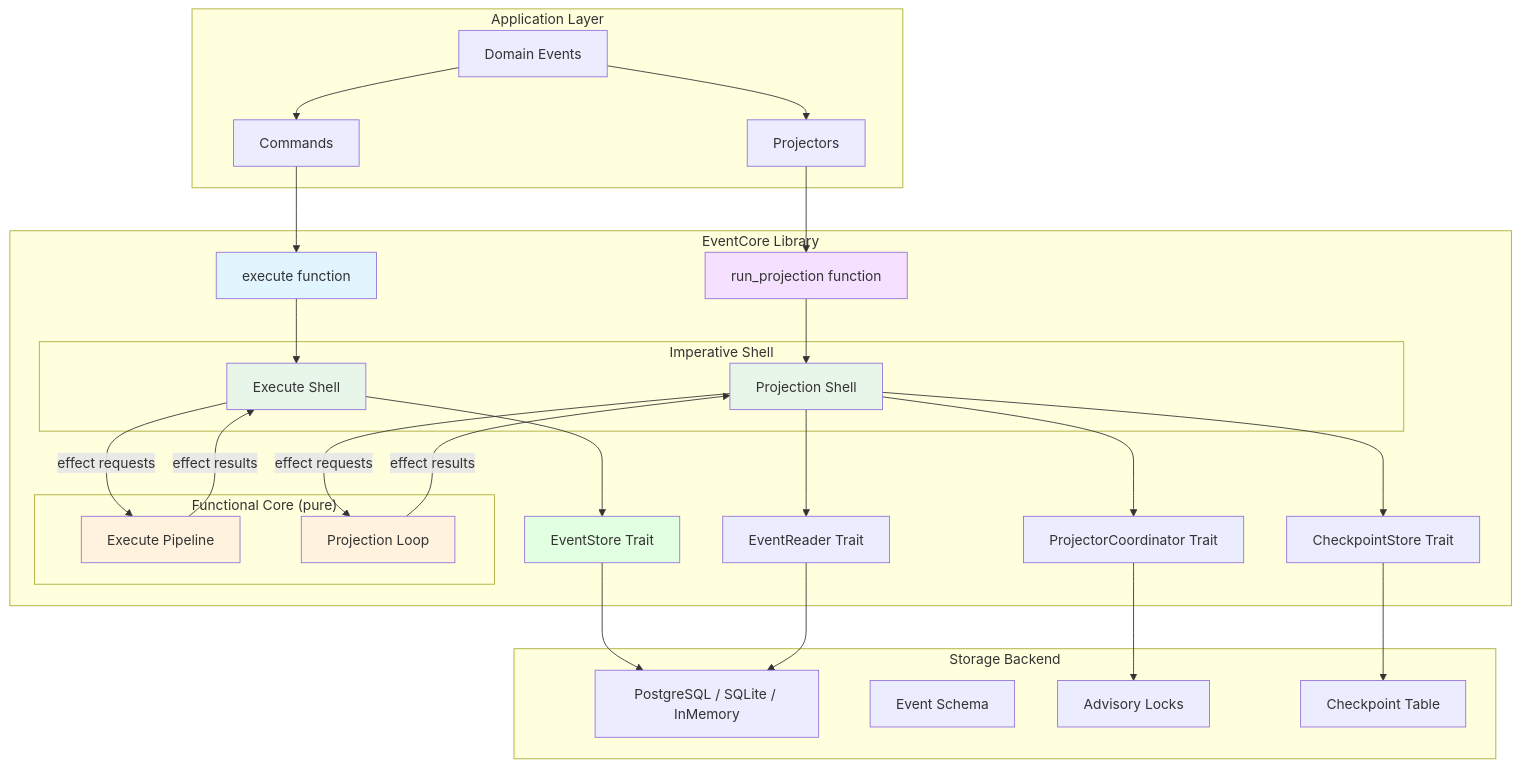
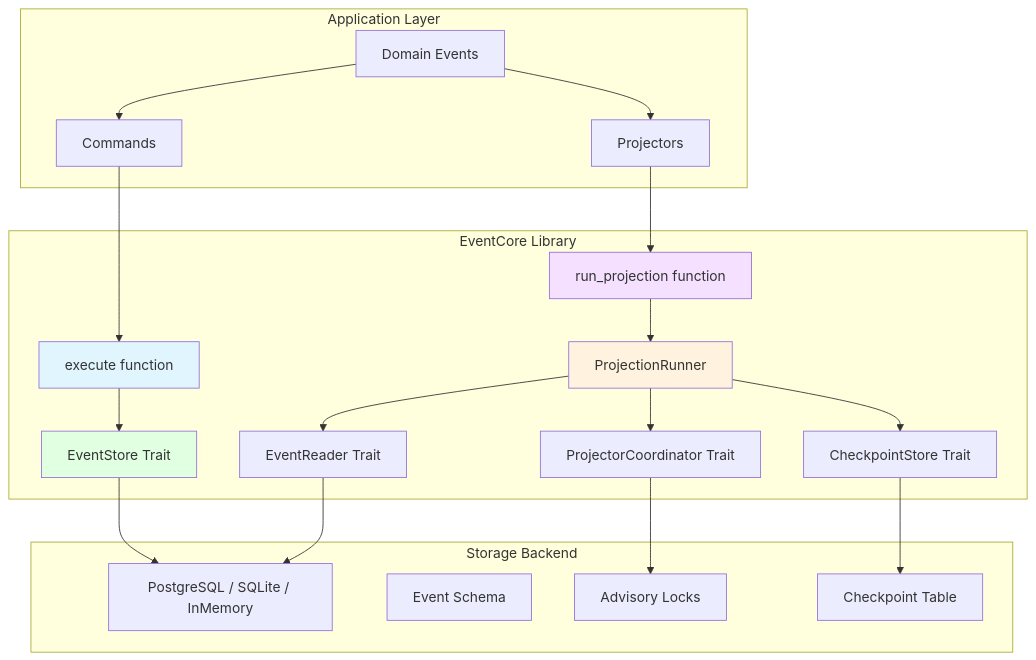
One commit to jwilger/eventcore changed the first of 4 diagrams in docs/ARCHITECTURE.md. Above: the diagram before and after it, drawn with Mermaid. The commit also changed other lines of this file and 1 other file, not shown here.

First line of the commit message:
docs: fix ARCHITECTURE.md and README.md to match actual codebase (#314)

````diff
--- a/docs/ARCHITECTURE.md
+++ b/docs/ARCHITECTURE.md
@@ -12,61 +12,46 @@
 ```mermaid
 graph TB
     subgraph Application Layer
         Cmd[Commands]
         Proj[Projectors]
         Domain[Domain Events]
     end
 
     subgraph EventCore Library
-        subgraph "Functional Core (pure)"
-            ExecSM[Execute Pipeline]
-            ProjSM[Projection Loop]
-        end
-        subgraph "Imperative Shell"
-            ExecShell[Execute Shell]
-            ProjShell[Projection Shell]
-        end
         Exec[execute function]
         RunProj[run_projection function]
+        ProjRunner[ProjectionRunner]
         ES[EventStore Trait]
         ER[EventReader Trait]
         CS[CheckpointStore Trait]
         PC[ProjectorCoordinator Trait]
     end
 
     subgraph Storage Backend
         PG[PostgreSQL / SQLite / InMemory]
         Schema[Event Schema]
         Locks[Advisory Locks]
         Checkpoints[Checkpoint Table]
     end
 
     Cmd --> Exec
-    Exec --> ExecShell
-    ExecShell -- "effect requests" --> ExecSM
-    ExecSM -- "effect results" --> ExecShell
-    ExecShell --> ES
+    Exec --> ES
     ES --> PG
 
     Proj --> RunProj
-    RunProj --> ProjShell
-    ProjShell -- "effect requests" --> ProjSM
-    ProjSM -- "effect results" --> ProjShell
-    ProjShell --> ER
-    ProjShell --> CS
-    ProjShell --> PC
+    RunProj --> ProjRunner
+    ProjRunner --> ER
+    ProjRunner --> CS
+    ProjRunner --> PC
     ER --> PG
     CS --> Checkpoints
     PC --> Locks
 
     Domain --> Cmd
     Domain --> Proj
 
     style Exec fill:#e1f5ff
     style RunProj fill:#f5e1ff
-    style ExecSM fill:#fff3e0
-    style ProjSM fill:#fff3e0
-    style ExecShell fill:#e8f5e9
-    style ProjShell fill:#e8f5e9
+    style ProjRunner fill:#fff3e0
     style ES fill:#e1ffe1
 ```
````
